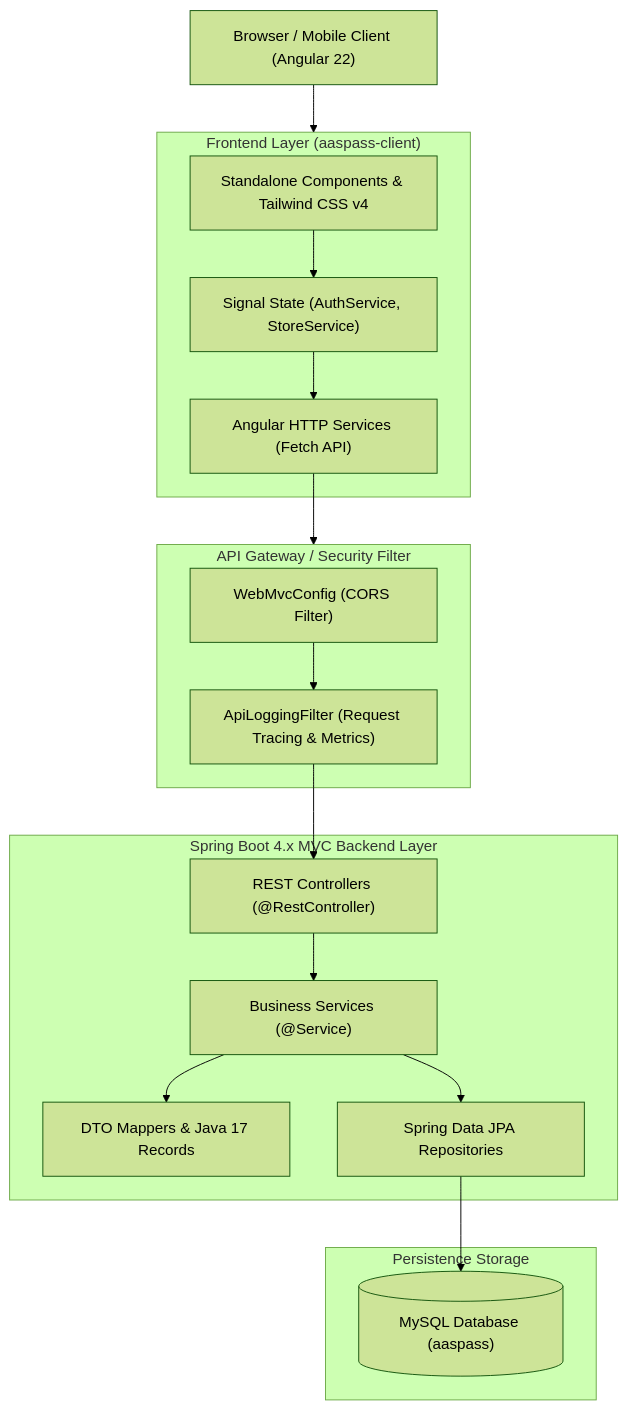
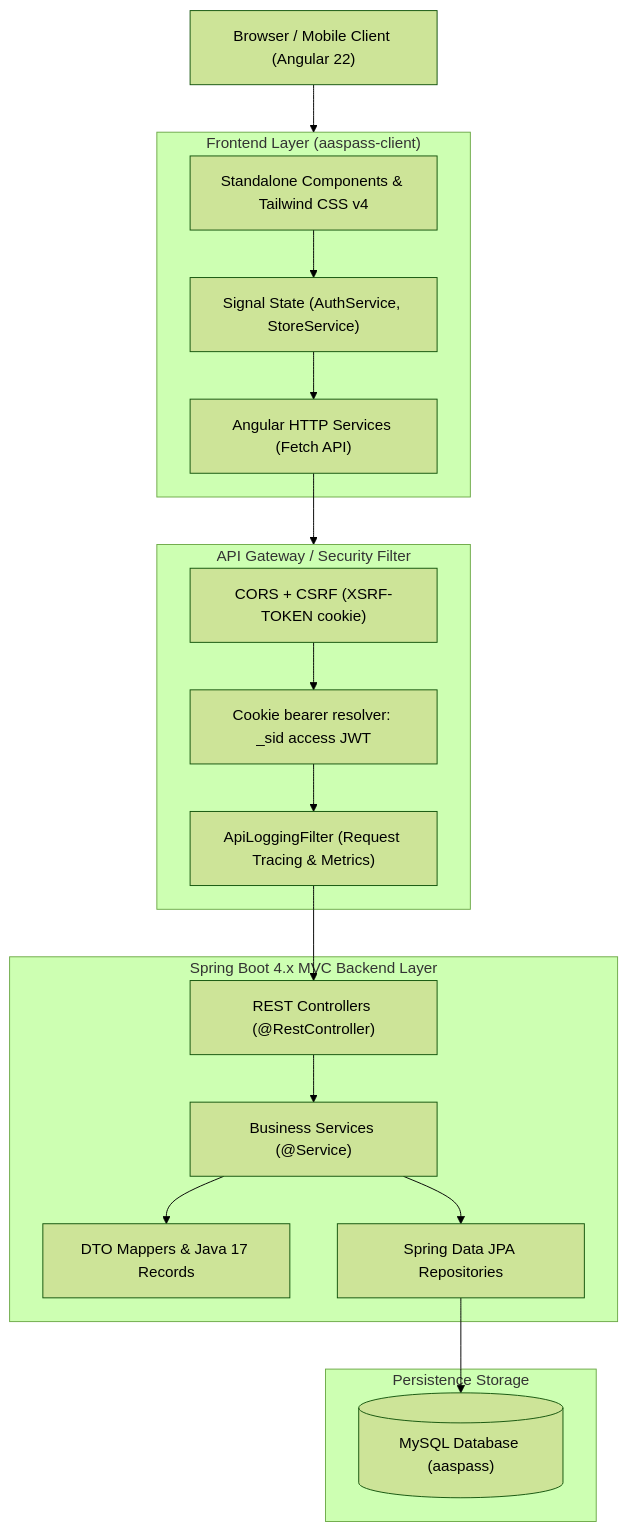
One commit to SubhamKrGuptaDev/AasPass-Freelancing changed the first of 3 diagrams in doc/PROJECT_DETAILS.md. Above: the diagram before and after it, drawn with Mermaid (forest theme). The commit also changed other lines of this file and 2 other files, not shown here.

Commit message:
docs: document cookie JWT auth, encrypted KYC and toaster

````diff
--- a/doc/PROJECT_DETAILS.md
+++ b/doc/PROJECT_DETAILS.md
@@ -124,38 +126,39 @@
 ```mermaid
 flowchart TD
     Client["Browser / Mobile Client (Angular 22)"]
     
     subgraph Frontend["Frontend Layer (aaspass-client)"]
         UI["Standalone Components & Tailwind CSS v4"]
         Signals["Signal State (AuthService, StoreService)"]
         HttpServices["Angular HTTP Services (Fetch API)"]
         UI --> Signals
         Signals --> HttpServices
     end
 
     subgraph Gateway["API Gateway / Security Filter"]
-        CORS["WebMvcConfig (CORS Filter)"]
+        CORS["CORS + CSRF (XSRF-TOKEN cookie)"]
+        JwtAuth["Cookie bearer resolver: _sid access JWT"]
         Logging["ApiLoggingFilter (Request Tracing & Metrics)"]
-        CORS --> Logging
+        CORS --> JwtAuth --> Logging
     end
 
     subgraph Backend["Spring Boot 4.x MVC Backend Layer"]
         Controllers["REST Controllers (@RestController)"]
         Services["Business Services (@Service)"]
         Mappers["DTO Mappers & Java 17 Records"]
         Repos["Spring Data JPA Repositories"]
         
         Logging --> Controllers
         Controllers --> Services
         Services --> Mappers
         Services --> Repos
     end
 
     subgraph Database["Persistence Storage"]
         MySQL[("MySQL Database (aaspass)")]
         Repos --> MySQL
     end
 
     Client --> Frontend
     HttpServices --> Gateway
 ```
````
